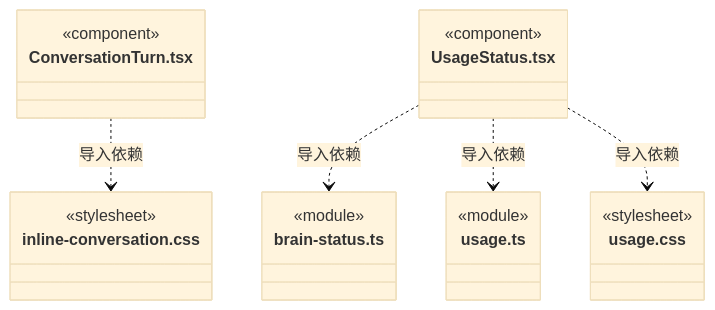
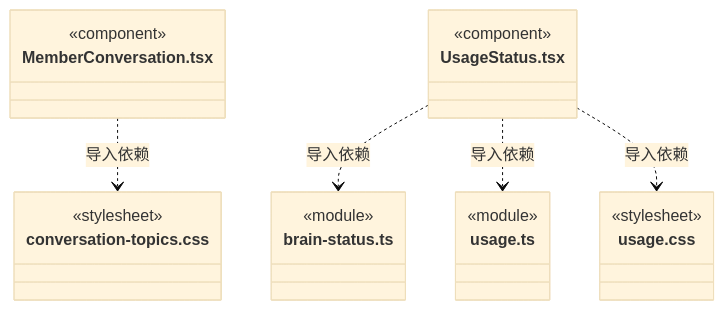
Diagram 47 of 50 in src/view/conversation/ARCHITECTURE.md (nan023062/cbim), drawn with Mermaid (base theme) before and after one commit. The commit also changed other lines of this file and 24 other files, not shown here.

````diff
--- a/src/view/conversation/ARCHITECTURE.md
+++ b/src/view/conversation/ARCHITECTURE.md
@@ -669,25 +736,25 @@
 ```mermaid
 classDiagram
-class N_src_view_conversation_ConversationTurn_tsx["ConversationTurn.tsx"] {
+class N_src_view_conversation_MemberConversation_tsx["MemberConversation.tsx"] {
   <<component>>
 }
-class N_src_view_conversation_inline_conversation_css["inline-conversation.css"] {
+class N_src_view_conversation_conversation_topics_css["conversation-topics.css"] {
   <<stylesheet>>
 }
 class N_src_view_conversation_UsageStatus_tsx["UsageStatus.tsx"] {
   <<component>>
 }
 class N_src_view_conversation_brain_status_ts["brain-status.ts"] {
   <<module>>
 }
 class N_src_view_conversation_usage_ts["usage.ts"] {
   <<module>>
 }
 class N_src_view_conversation_usage_css["usage.css"] {
   <<stylesheet>>
 }
-N_src_view_conversation_ConversationTurn_tsx ..> N_src_view_conversation_inline_conversation_css : 导入依赖
+N_src_view_conversation_MemberConversation_tsx ..> N_src_view_conversation_conversation_topics_css : 导入依赖
 N_src_view_conversation_UsageStatus_tsx ..> N_src_view_conversation_brain_status_ts : 导入依赖
 N_src_view_conversation_UsageStatus_tsx ..> N_src_view_conversation_usage_ts : 导入依赖
 N_src_view_conversation_UsageStatus_tsx ..> N_src_view_conversation_usage_css : 导入依赖
 ```
````
